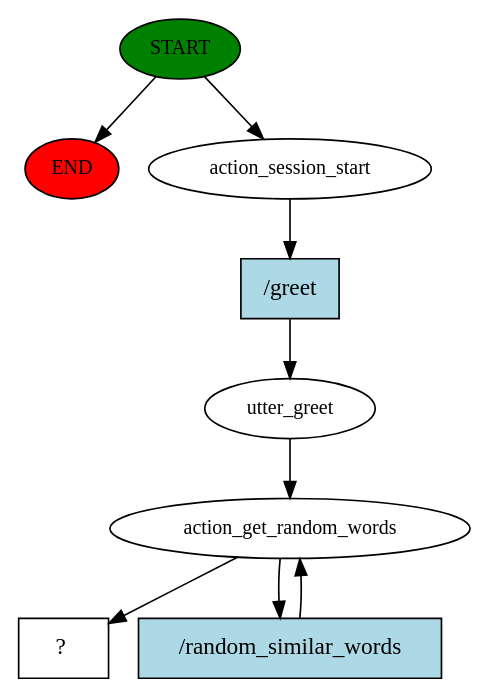
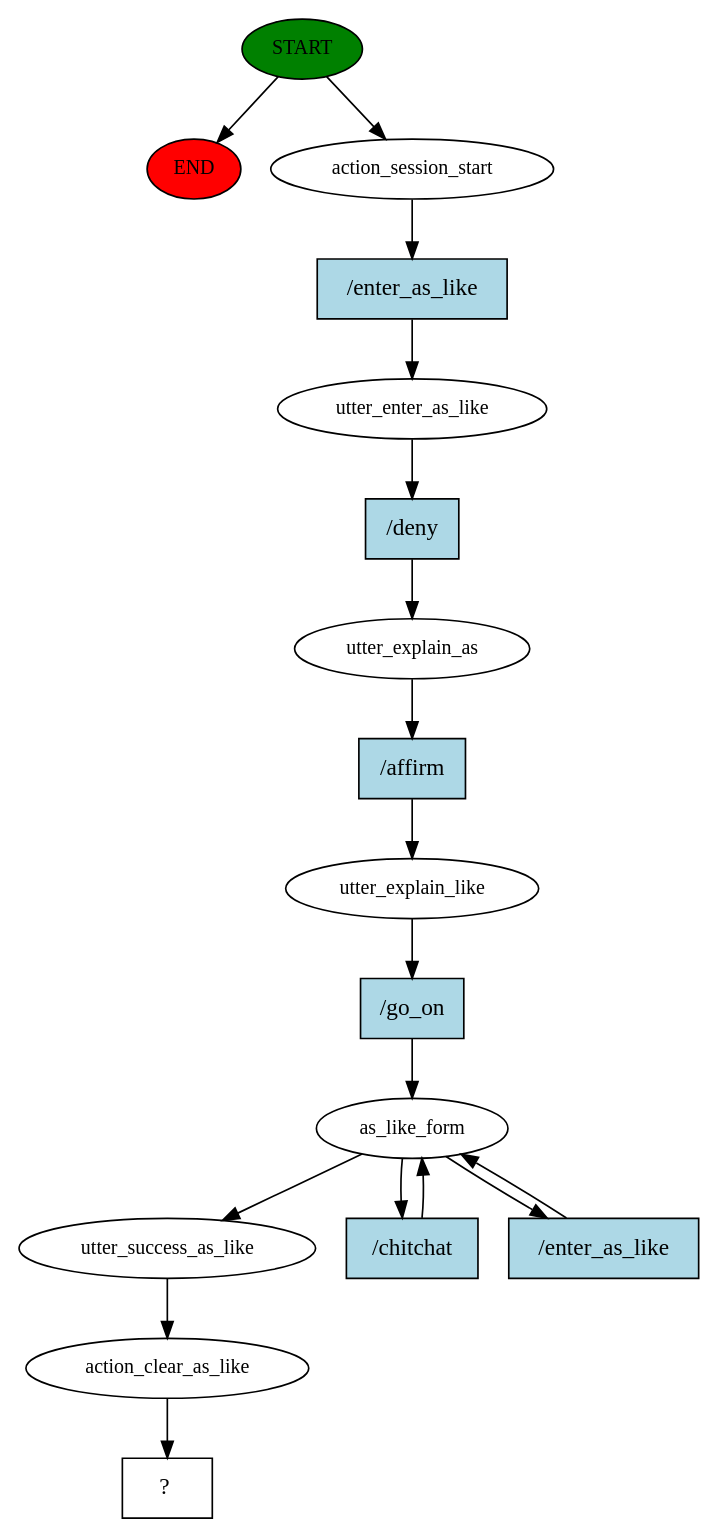
One commit to se-labor/alfa-bot-chatbots changed the diagram in story_graph.dot. Above: the diagram before and after it, drawn with Graphviz. The commit also changed 16 other files, not shown here.

```diff
--- a/story_graph.dot
+++ b/story_graph.dot
@@ -1,18 +1,35 @@
 digraph  {
 0 [class="start active", fillcolor=green, fontsize=12, label=START, style=filled];
 "-1" [class=end, fillcolor=red, fontsize=12, label=END, style=filled];
 1 [class=active, fontsize=12, label=action_session_start];
-2 [class=active, fontsize=12, label=utter_greet];
-3 [class=active, fontsize=12, label=action_get_random_words];
-5 [class="intent dashed active", label="  ?  ", shape=rect];
-6 [class="intent active", fillcolor=lightblue, label="/greet", shape=rect, style=filled];
-7 [class="intent active", fillcolor=lightblue, label="/random_similar_words", shape=rect, style=filled];
+2 [class=active, fontsize=12, label=utter_enter_as_like];
+3 [class=active, fontsize=12, label=utter_explain_as];
+4 [class=active, fontsize=12, label=utter_explain_like];
+5 [class=active, fontsize=12, label=as_like_form];
+10 [class=active, fontsize=12, label=utter_success_as_like];
+11 [class=active, fontsize=12, label=action_clear_as_like];
+12 [class="intent dashed active", label="  ?  ", shape=rect];
+13 [class="intent active", fillcolor=lightblue, label="/enter_as_like", shape=rect, style=filled];
+14 [class="intent active", fillcolor=lightblue, label="/deny", shape=rect, style=filled];
+15 [class="intent active", fillcolor=lightblue, label="/affirm", shape=rect, style=filled];
+16 [class="intent active", fillcolor=lightblue, label="/go_on", shape=rect, style=filled];
+17 [class="intent active", fillcolor=lightblue, label="/chitchat", shape=rect, style=filled];
+18 [class="intent active", fillcolor=lightblue, label="/enter_as_like", shape=rect, style=filled];
 0 -> "-1"  [class="", key=NONE, label=""];
 0 -> 1  [class=active, key=NONE, label=""];
-1 -> 6  [class=active, key=0];
-2 -> 3  [class=active, key=NONE, label=""];
-3 -> 5  [class=active, key=NONE, label=""];
-3 -> 7  [class=active, key=0];
-6 -> 2  [class=active, key=0];
-7 -> 3  [class=active, key=0];
+1 -> 13  [class=active, key=0];
+2 -> 14  [class=active, key=0];
+3 -> 15  [class=active, key=0];
+4 -> 16  [class=active, key=0];
+5 -> 10  [class=active, key=NONE, label=""];
+5 -> 17  [class=active, key=0];
+5 -> 18  [class=active, key=0];
+10 -> 11  [class=active, key=NONE, label=""];
+11 -> 12  [class=active, key=NONE, label=""];
+13 -> 2  [class=active, key=0];
+14 -> 3  [class=active, key=0];
+15 -> 4  [class=active, key=0];
+16 -> 5  [class=active, key=0];
+17 -> 5  [class=active, key=0];
+18 -> 5  [class=active, key=0];
 }
```
